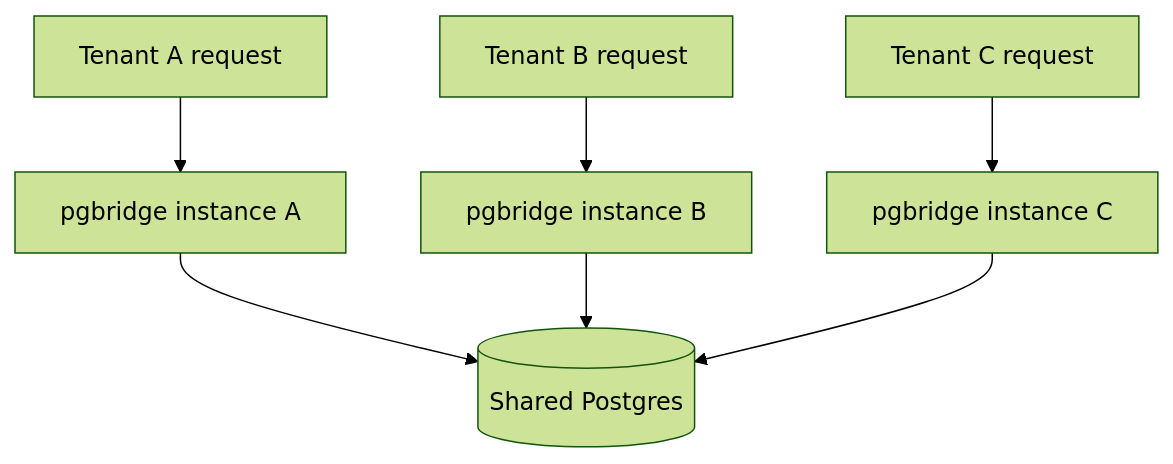
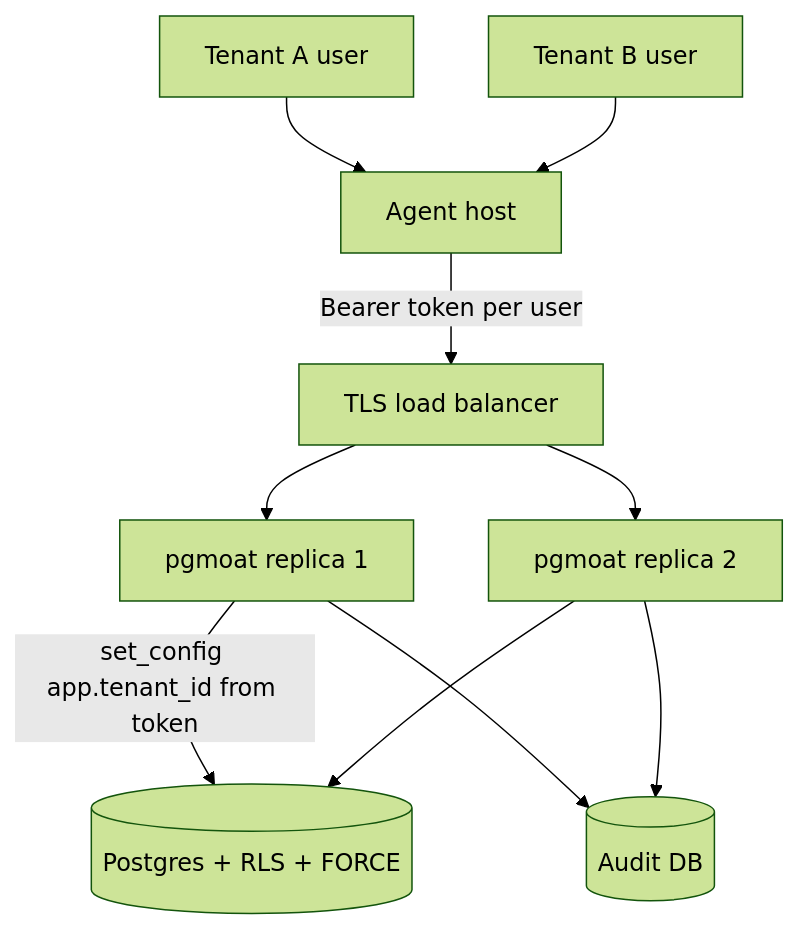
Before and after one commit to Kitalon-Labs-LLC/pgmoat: diagram 12 of 14 in pgmoat-appflow.md, drawn with Mermaid (forest theme). The commit also changed other lines of this file and 11 other files, not shown here.

````diff
--- a/pgmoat-appflow.md
+++ b/pgmoat-appflow.md
@@ -394,9 +314,12 @@
 ```mermaid
 flowchart TD
-    Tenant1[Tenant A request] --> PG1[pgbridge instance A]
-    Tenant2[Tenant B request] --> PG2[pgbridge instance B]
-    Tenant3[Tenant C request] --> PG3[pgbridge instance C]
-    PG1 --> DB[(Shared Postgres)]
-    PG2 --> DB
-    PG3 --> DB
+    U1[Tenant A user] --> H[Agent host]
+    U2[Tenant B user] --> H
+    H -->|Bearer token per user| LB[TLS load balancer]
+    LB --> G1[pgmoat replica 1]
+    LB --> G2[pgmoat replica 2]
+    G1 -->|set_config app.tenant_id from token| DB[(Postgres + RLS + FORCE)]
+    G2 --> DB
+    G1 --> AU[(Audit DB)]
+    G2 --> AU
 ```
````
